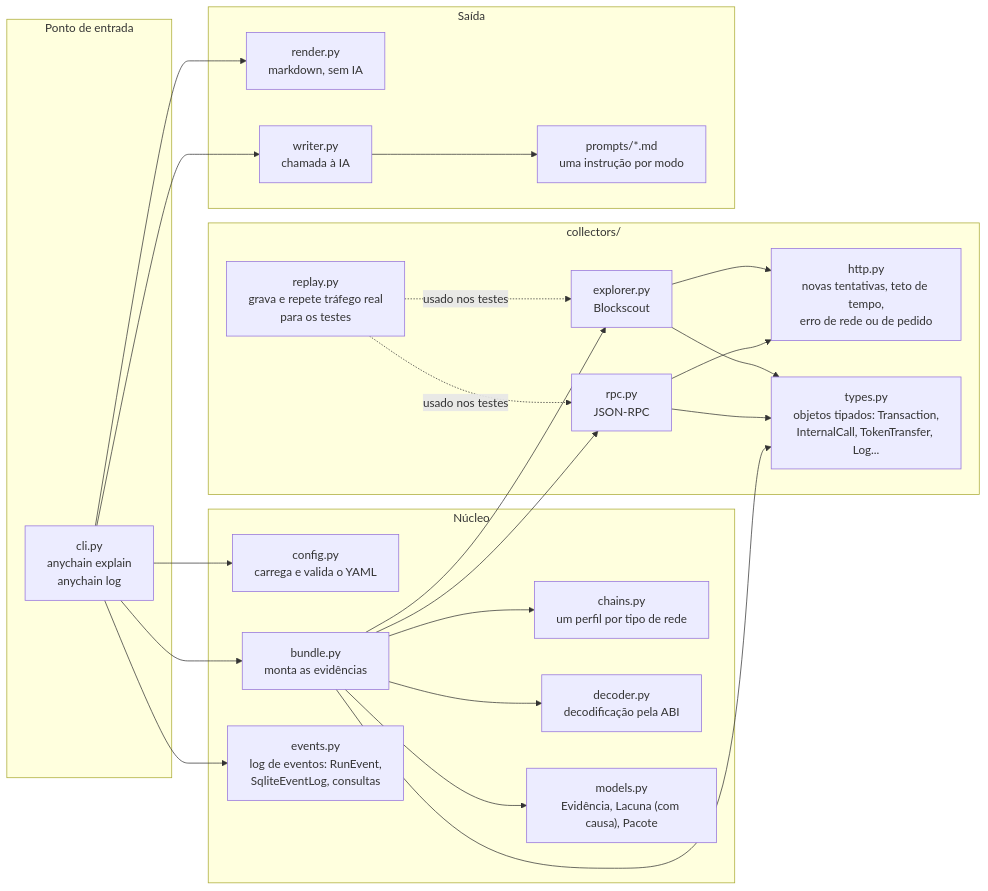
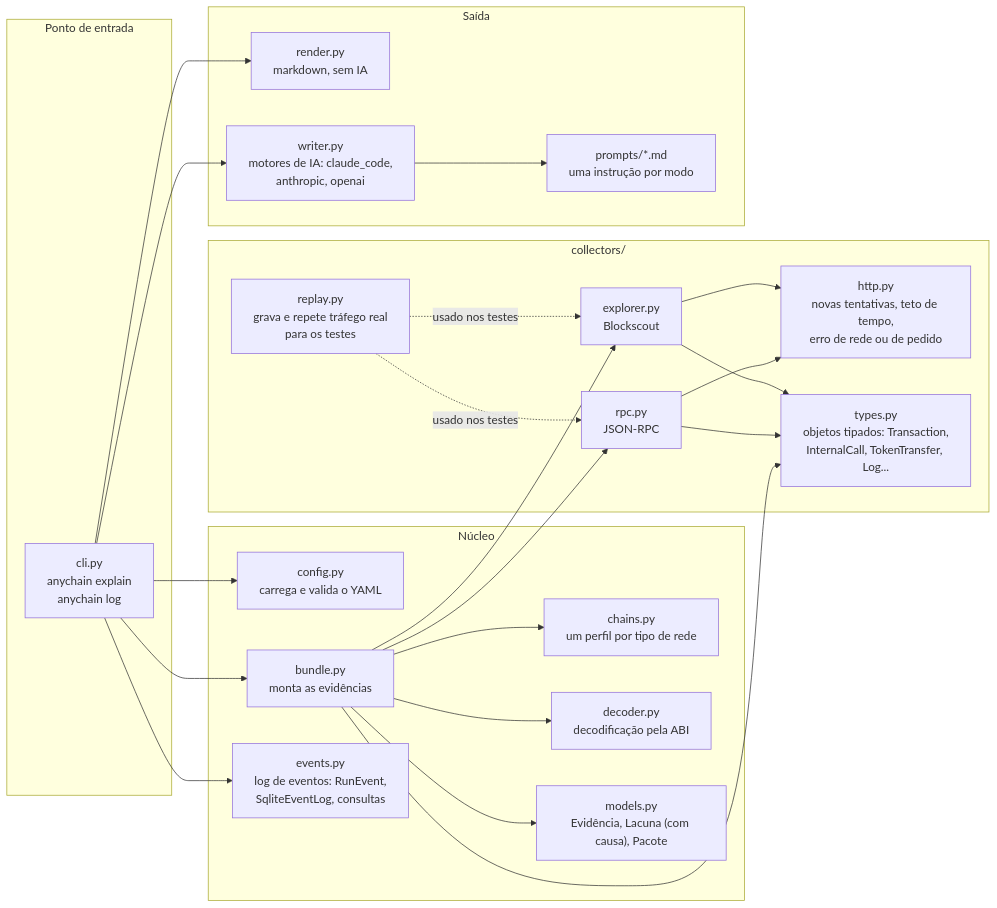
The third of 5 diagrams in docs/ARCHITECTURE.pt-BR.md (Ebaoj/anychain), drawn with Mermaid before and after one commit. The commit also changed other lines of this file and 15 other files, not shown here.

First line of the commit message:
Writer on Claude Code by default; Anthropic and OpenAI APIs as options (D27)

````diff
--- a/docs/ARCHITECTURE.pt-BR.md
+++ b/docs/ARCHITECTURE.pt-BR.md
@@ -123,48 +123,48 @@
 ```mermaid
 flowchart LR
     subgraph entry["Ponto de entrada"]
         cli["cli.py<br/>anychain explain<br/>anychain log"]
     end
 
     subgraph core["Núcleo"]
         config["config.py<br/>carrega e valida o YAML"]
         chains["chains.py<br/>um perfil por tipo de rede"]
         bundle["bundle.py<br/>monta as evidências"]
         decoder["decoder.py<br/>decodificação pela ABI"]
         models["models.py<br/>Evidência, Lacuna (com causa), Pacote"]
         events["events.py<br/>log de eventos: RunEvent,<br/>SqliteEventLog, consultas"]
     end
 
     subgraph collectors["collectors/"]
         http["http.py<br/>novas tentativas, teto de tempo,<br/>erro de rede ou de pedido"]
         types["types.py<br/>objetos tipados: Transaction,<br/>InternalCall, TokenTransfer, Log..."]
         explorer["explorer.py<br/>Blockscout"]
         rpc["rpc.py<br/>JSON-RPC"]
         replay["replay.py<br/>grava e repete tráfego real<br/>para os testes"]
     end
 
     subgraph output["Saída"]
         render["render.py<br/>markdown, sem IA"]
-        writer["writer.py<br/>chamada à IA"]
+        writer["writer.py<br/>motores de IA: claude_code,<br/>anthropic, openai"]
         prompts["prompts/*.md<br/>uma instrução por modo"]
     end
 
     cli --> config
     cli --> bundle
     cli --> render
     cli --> writer
     cli --> events
     bundle --> explorer
     bundle --> rpc
     bundle --> decoder
     bundle --> models
     bundle --> chains
     explorer --> http
     rpc --> http
     explorer --> types
     rpc --> types
     bundle --> types
     writer --> prompts
     replay -.usado nos testes.-> explorer
     replay -.usado nos testes.-> rpc
 ```
````
